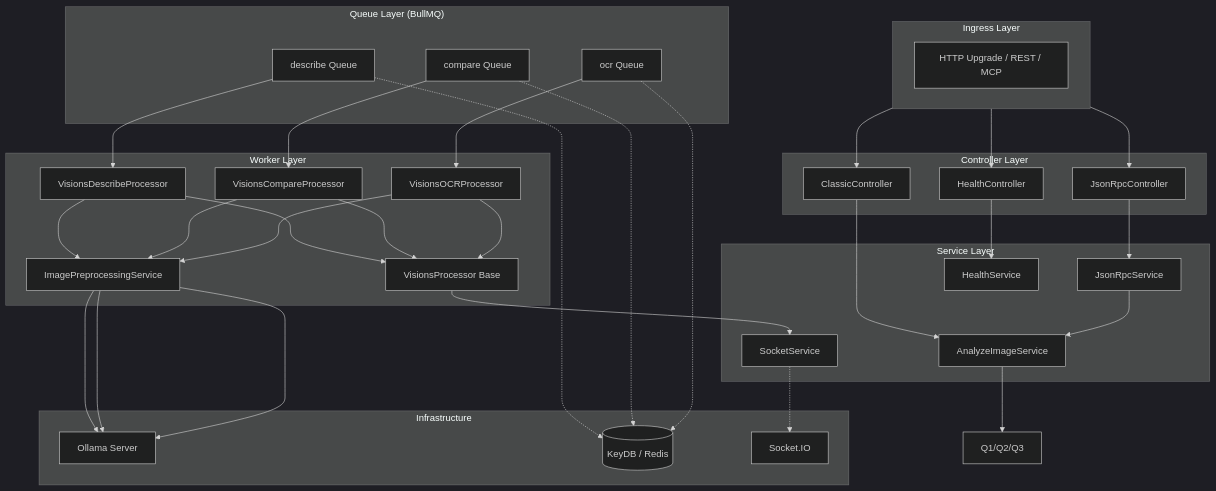
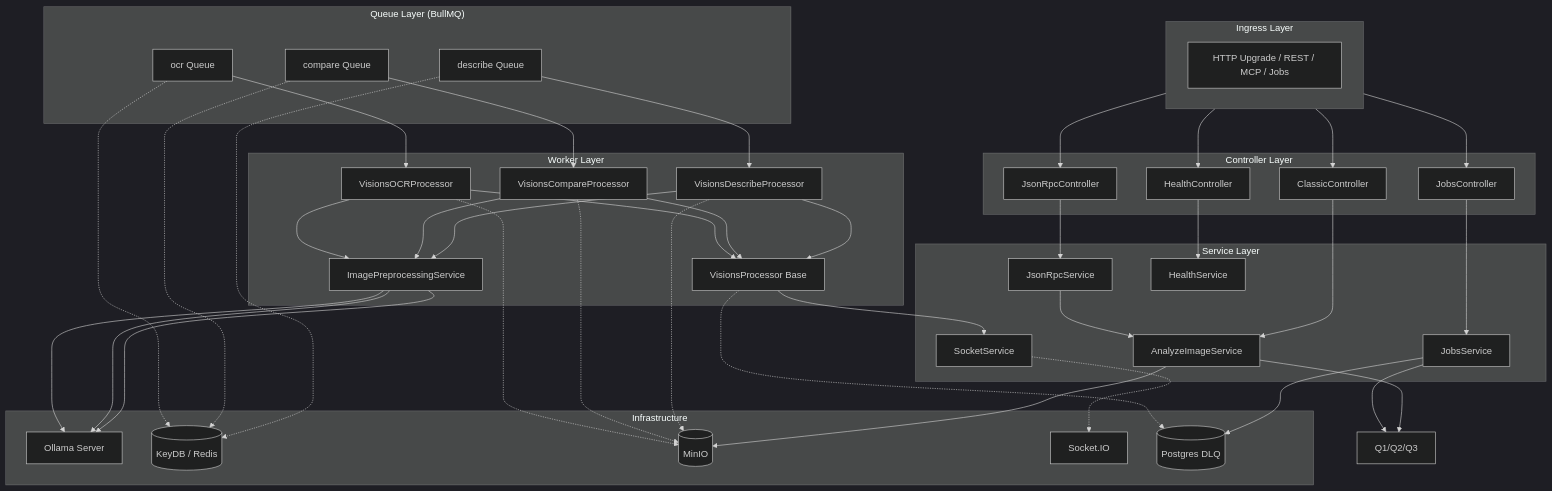
Before and after one commit to ehildt/ckir.io-visions: the first of 3 diagrams in .wiki/1-server.md, drawn with Mermaid (dark theme). The commit also changed other lines of this file and 103 other files, not shown here.

````diff
--- a/.wiki/1-server.md
+++ b/.wiki/1-server.md
@@ -7,52 +7,62 @@
 ```mermaid
 flowchart TB
     subgraph Entry["Ingress Layer"]
-        A[HTTP Upgrade / REST / MCP]
+        A[HTTP Upgrade / REST / MCP / Jobs]
     end
 
     subgraph Controllers["Controller Layer"]
         C1[ClassicController]
         C2[JsonRpcController]
         C3[HealthController]
+        C4[JobsController]
     end
 
     subgraph Services["Service Layer"]
         S1[AnalyzeImageService]
         S2[JsonRpcService]
         S3[HealthService]
         S5[SocketService]
+        S6[JobsService]
     end
 
     subgraph Queue["Queue Layer (BullMQ)"]
         Q1[describe Queue]
         Q2[compare Queue]
         Q3[ocr Queue]
     end
 
     subgraph Workers["Worker Layer"]
         W1[VisionsDescribeProcessor]
         W2[VisionsCompareProcessor]
         W3[VisionsOCRProcessor]
         W4[VisionsProcessor Base]
         Preproc[ImagePreprocessingService]
     end
 
     subgraph Infra["Infrastructure"]
         Ollama[Ollama Server]
         Redis[(KeyDB / Redis)]
+        MinioStore[(MinIO)]
         Socket[Socket.IO]
+        PostgresDLQ[(Postgres DLQ)]
     end
 
-    Entry --> C1 & C2 & C3
+    Entry --> C1 & C2 & C3 & C4
     C1 --> S1 --> Q1/Q2/Q3
     C2 --> S2 --> S1
     C3 --> S3
+    C4 --> S6 --> PostgresDLQ
+
+    S1 --> MinioStore
+    S6 --> Q1/Q2/Q3
 
     Q1 --> W1 --> Preproc --> Ollama
     Q2 --> W2 --> Preproc --> Ollama
     Q3 --> W3 --> Preproc --> Ollama
 
     W1 & W2 & W3 --> W4 --> S5 -.-> Socket
 
     Q1 & Q2 & Q3 -.-> Redis
+    W4 -.-> PostgresDLQ
+    W1 & W2 & W3 -.-> MinioStore
 ```
````
